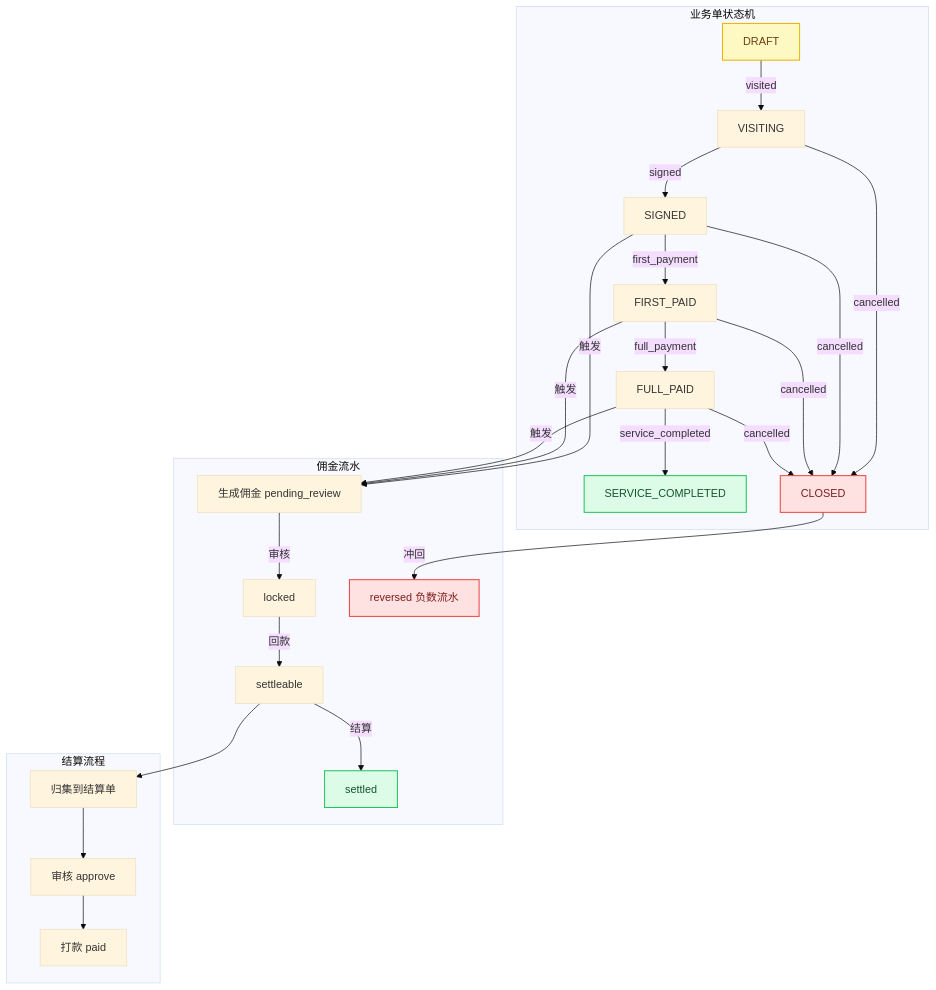
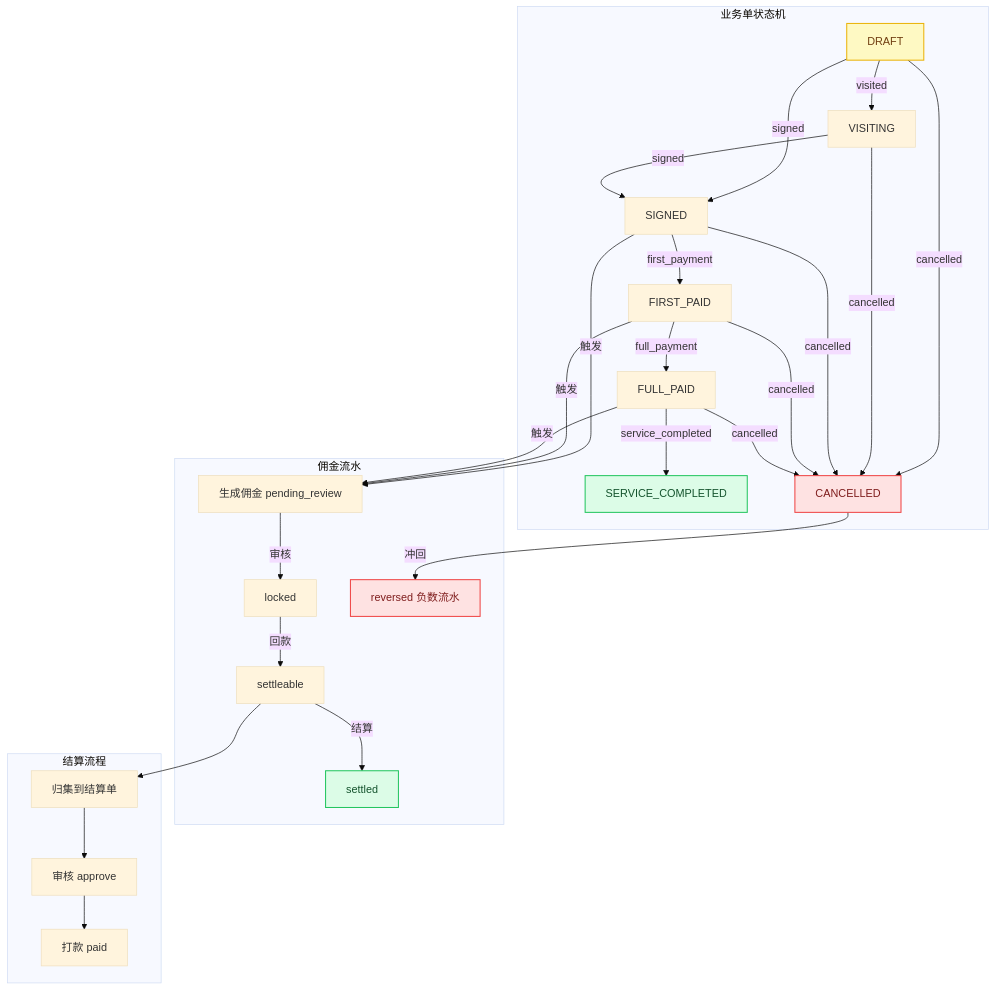
One commit to StevenTsai/distribution-architecture changed the first of 5 diagrams in architecture/commission-pipeline.md. Above: the diagram before and after it, drawn with Mermaid (base theme). The commit also changed other lines of this file and 32 other files, not shown here.

````diff
--- a/architecture/commission-pipeline.md
+++ b/architecture/commission-pipeline.md
@@ -11,39 +13,41 @@
 ```mermaid
 flowchart TB
     subgraph 业务单状态机
         A[DRAFT] -->|visited| B[VISITING]
+        A -->|signed| C[SIGNED]
         B -->|signed| C[SIGNED]
         C -->|first_payment| D[FIRST_PAID]
         D -->|full_payment| E[FULL_PAID]
         E -->|service_completed| F[SERVICE_COMPLETED]
-        B -->|cancelled| G[CLOSED]
+        A -->|cancelled| G[CANCELLED]
+        B -->|cancelled| G
         C -->|cancelled| G
         D -->|cancelled| G
         E -->|cancelled| G
     end
 
     subgraph 佣金流水
         C -->|触发| H[生成佣金 pending_review]
         D -->|触发| H
         E -->|触发| H
         H -->|审核| I[locked]
         I -->|回款| J[settleable]
         J -->|结算| K[settled]
         G -->|冲回| L[reversed 负数流水]
     end
 
     subgraph 结算流程
         J --> M[归集到结算单]
         M --> N[审核 approve]
         N --> O[打款 paid]
     end
 
     class A warning
     class F success
     class G danger
     class K success
     class L danger
     classDef success fill:#dcfce7,stroke:#22c55e,color:#14532d,stroke-width:1.5px
     classDef warning fill:#fef9c3,stroke:#eab308,color:#713f12,stroke-width:1.5px
     classDef danger fill:#fee2e2,stroke:#ef4444,color:#7f1d1d,stroke-width:1.5px
 ```
````
